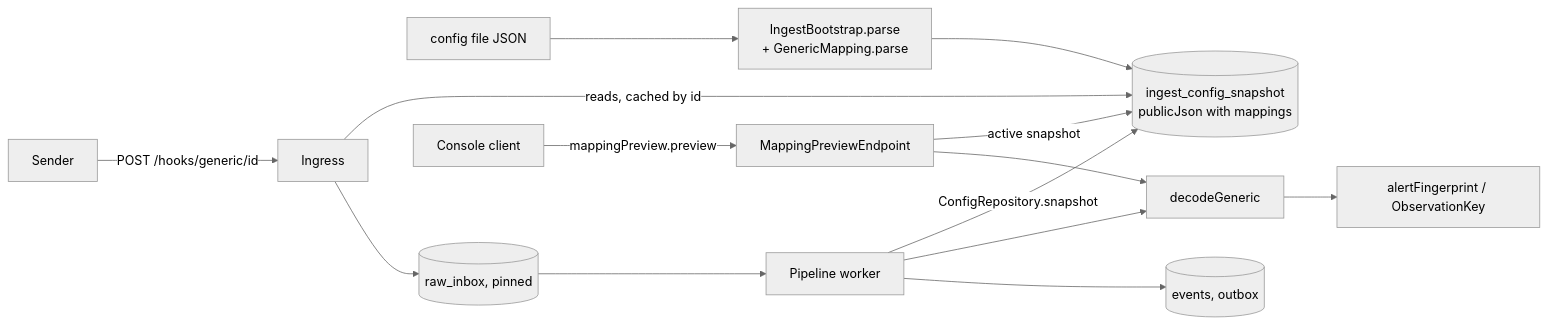
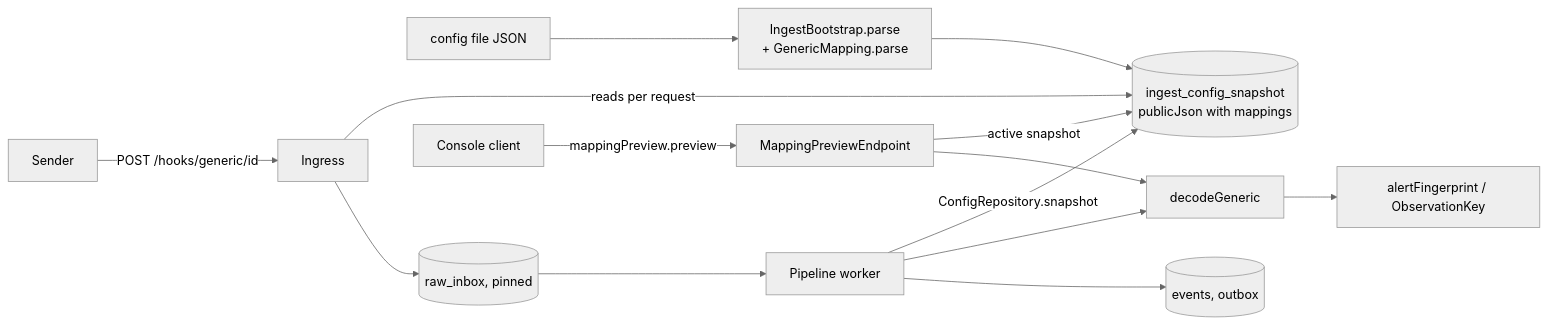
Before and after one commit to sh1ny/correlia: the first of 3 diagrams in openspec/changes/thanos-and-generic-webhook/design.md, drawn with Mermaid (neutral theme). The commit also changed other lines of this file and 5 other files, not shown here.

````diff
--- a/openspec/changes/thanos-and-generic-webhook/design.md
+++ b/openspec/changes/thanos-and-generic-webhook/design.md
@@ -307,16 +354,16 @@
 ```mermaid
 flowchart LR
   F[config file JSON] --> B[IngestBootstrap.parse<br/>+ GenericMapping.parse]
   B --> S[(ingest_config_snapshot<br/>publicJson with mappings)]
   Sender -->|POST /hooks/generic/id| I[Ingress]
-  I -->|reads, cached by id| S
+  I -->|reads per request| S
   I --> R[(raw_inbox, pinned)]
   R --> P[Pipeline worker]
   P -->|ConfigRepository.snapshot| S
   P --> G[decodeGeneric]
   G --> E[alertFingerprint / ObservationKey]
   P --> O[(events, outbox)]
   C[Console client] -->|mappingPreview.preview| V[MappingPreviewEndpoint]
   V -->|active snapshot| S
   V --> G
 ```
````
